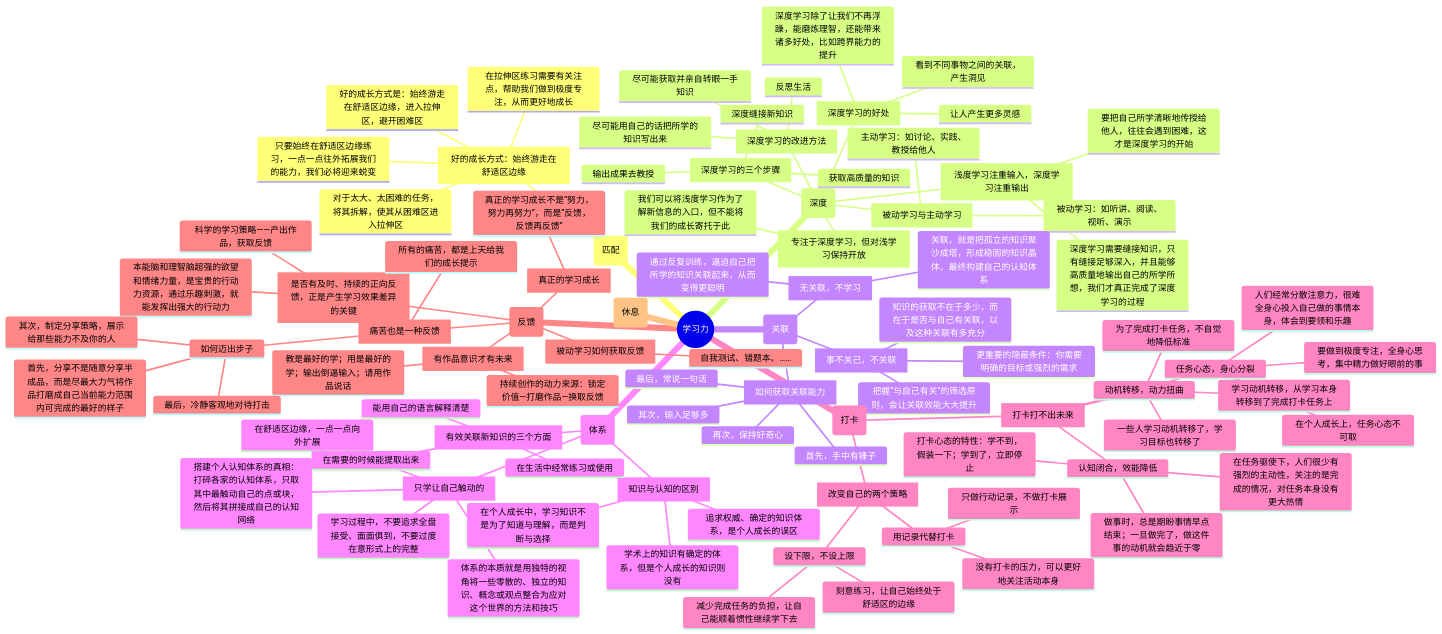
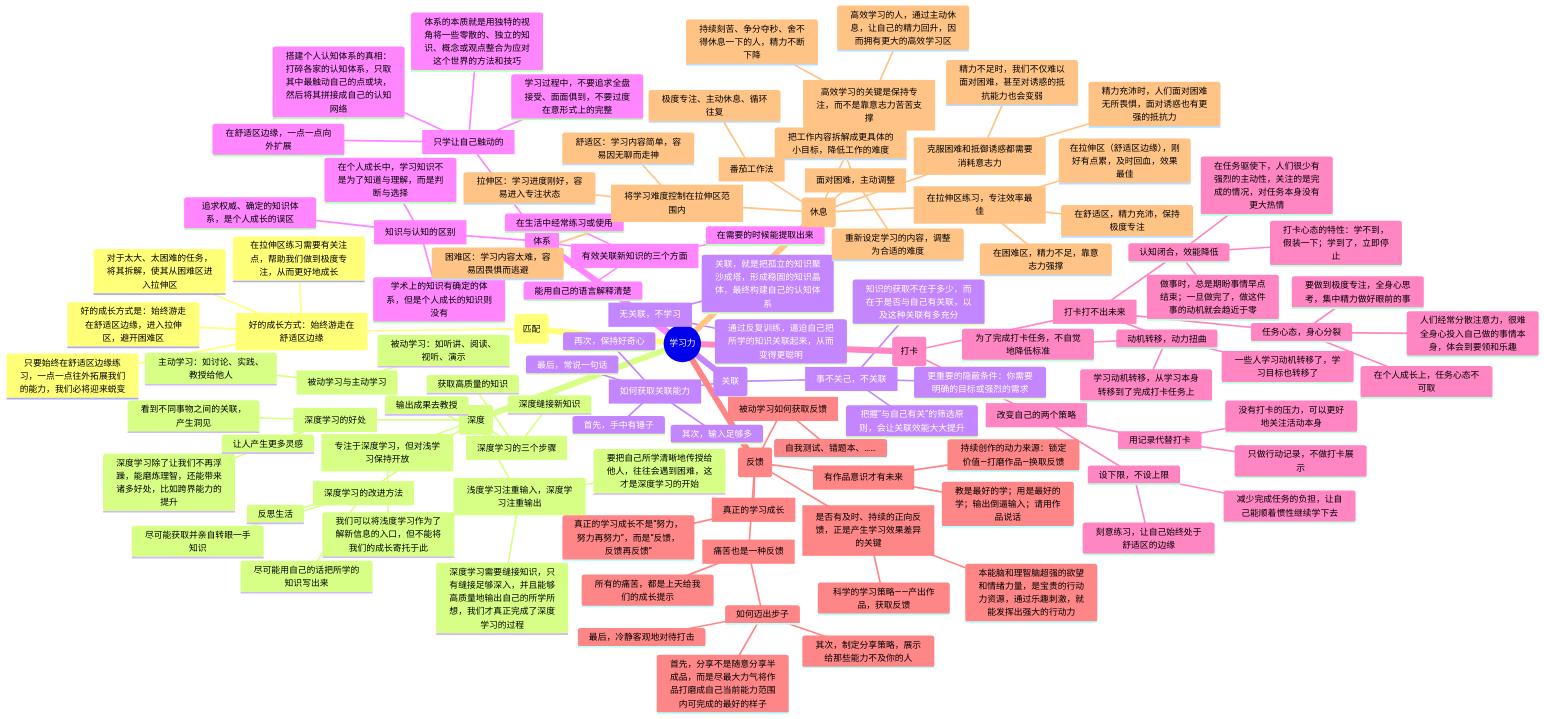
One commit to ytx-readings/zl-books changed the sixth of 6 diagrams in reading-notes/rzjx/README.md. Above: the diagram before and after it, drawn with Mermaid. The commit also changed other lines of this file, not shown here.

````diff
--- a/reading-notes/rzjx/README.md
+++ b/reading-notes/rzjx/README.md
@@ -663,4 +733,23 @@
         [真正的学习成长]
             真正的学习成长不是“努力，努力再努力”，而是“反馈，反馈再反馈”
     (休息)
+        [高效学习的关键是保持专注，而不是靠意志力苦苦支撑]
+            持续刻苦、争分夺秒、舍不得休息一下的人，精力不断下降
+            高效学习的人，通过主动休息，让自己的精力回升，因而拥有更大的高效学习区
+        [克服困难和抵御诱惑都需要消耗意志力]
+            精力充沛时，人们面对困难无所畏惧，面对诱惑也有更强的抵抗力
+            精力不足时，我们不仅难以面对困难，甚至对诱惑的抵抗能力也会变弱
+        [在拉伸区练习，专注效率最佳]
+            在舒适区，精力充沛，保持极度专注
+            在拉伸区（舒适区边缘），刚好有点累，及时回血，效果最佳
+            在困难区，精力不足，靠意志力强撑
+        [将学习难度控制在拉伸区范围内]
+            舒适区：学习内容简单，容易因无聊而走神
+            拉伸区：学习进度刚好，容易进入专注状态
+            困难区：学习内容太难，容易因畏惧而逃避
+        [面对困难，主动调整]
+            重新设定学习的内容，调整为合适的难度
+            把工作内容拆解成更具体的小目标，降低工作的难度
+        [番茄工作法]
+            极度专注、主动休息、循环往复
 ```
````
